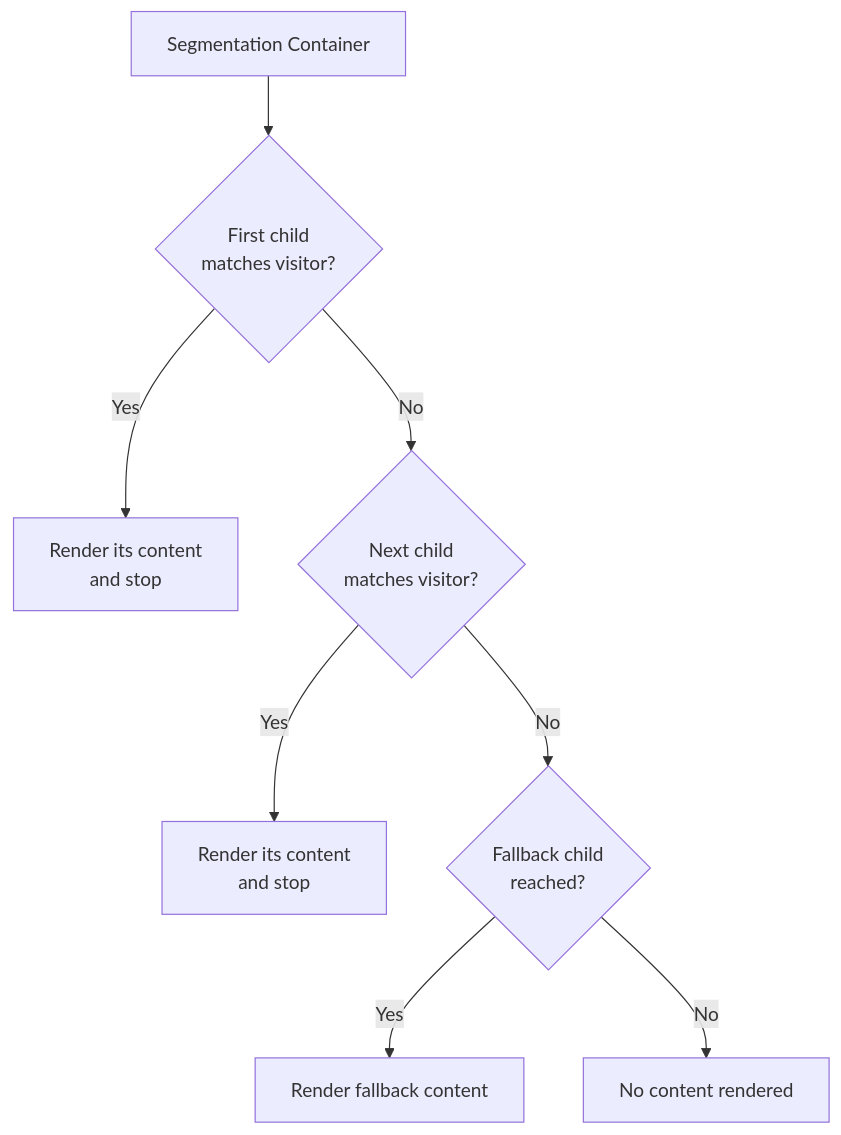
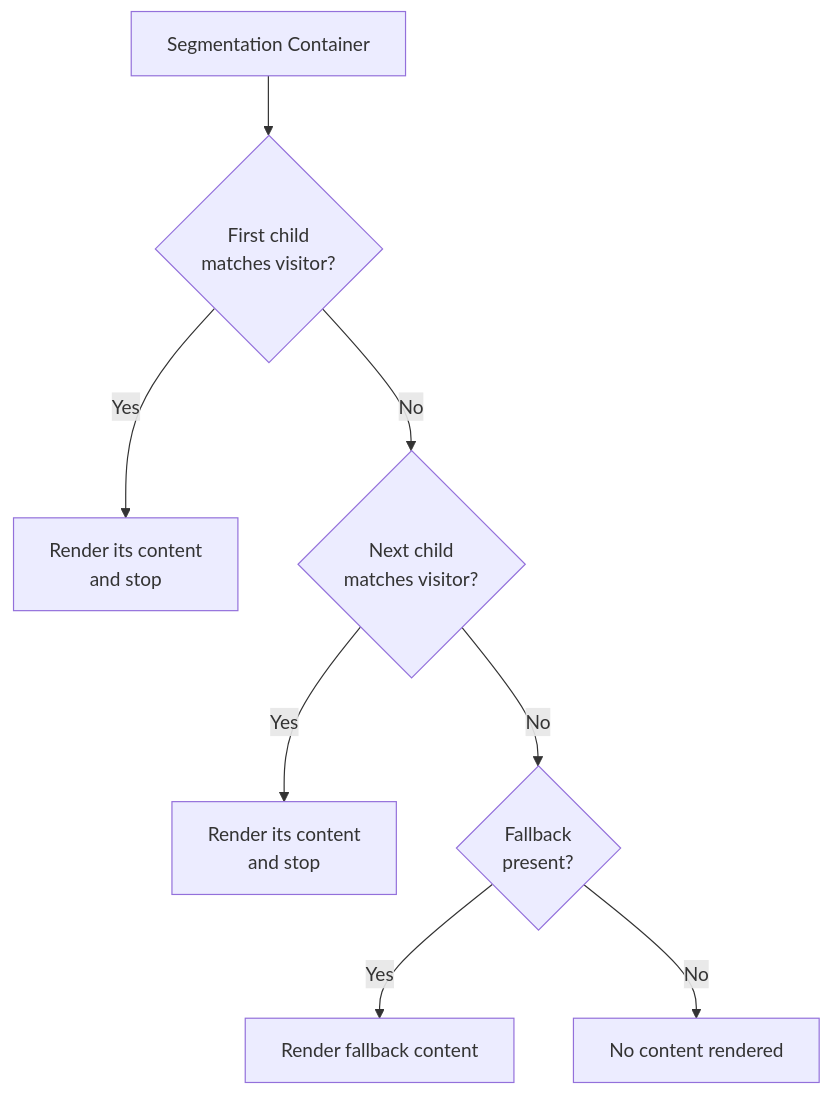
One commit to cnk-digital-solutions/framewurk-docs changed the diagram in features/content-targeting.mdx. Above: the diagram before and after it, drawn with Mermaid. The commit also changed other lines of this file, not shown here.

Commit message:
Updated mintlify pages
- Updated features/content-targeting.mdx

Mintlify-Source: dashboard-editor

````diff
--- a/features/content-targeting.mdx
+++ b/features/content-targeting.mdx
@@ -67,10 +67,10 @@
 ```mermaid
 flowchart TD
     A[Segmentation Container] --> B{First child<br/>matches visitor?}
     B -- Yes --> R1[Render its content<br/>and stop]
     B -- No --> C{Next child<br/>matches visitor?}
     C -- Yes --> R2[Render its content<br/>and stop]
-    C -- No --> D{Fallback child<br/>reached?}
+    C -- No --> D{Fallback<br/>present?}
     D -- Yes --> R3[Render fallback content]
     D -- No --> E[No content rendered]
 ```
````
